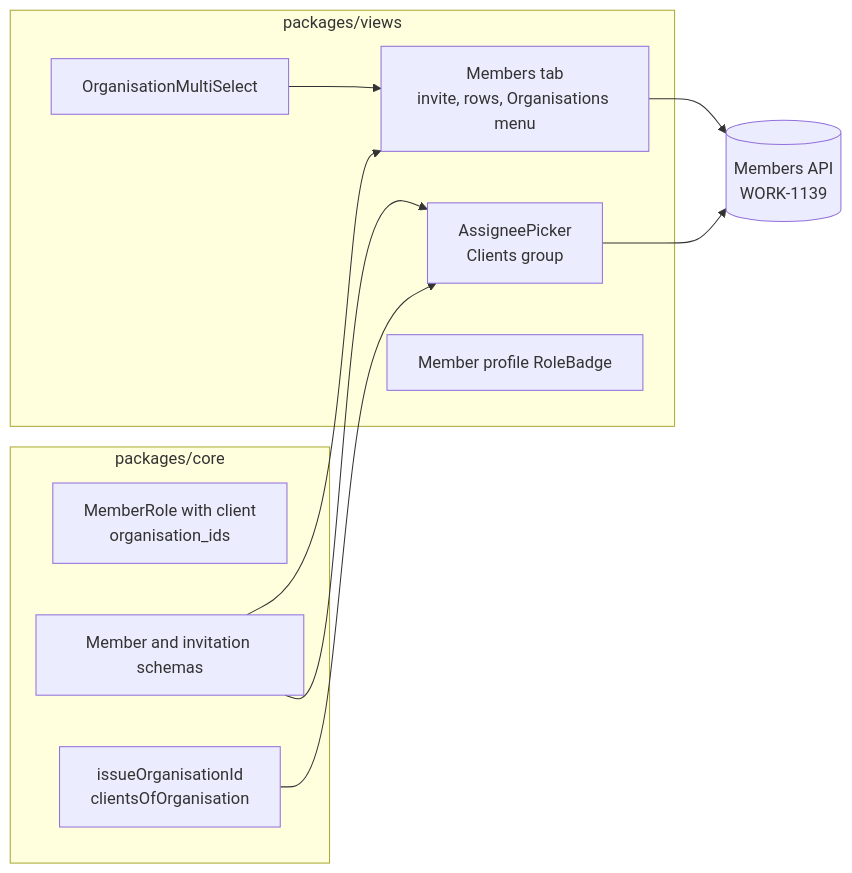
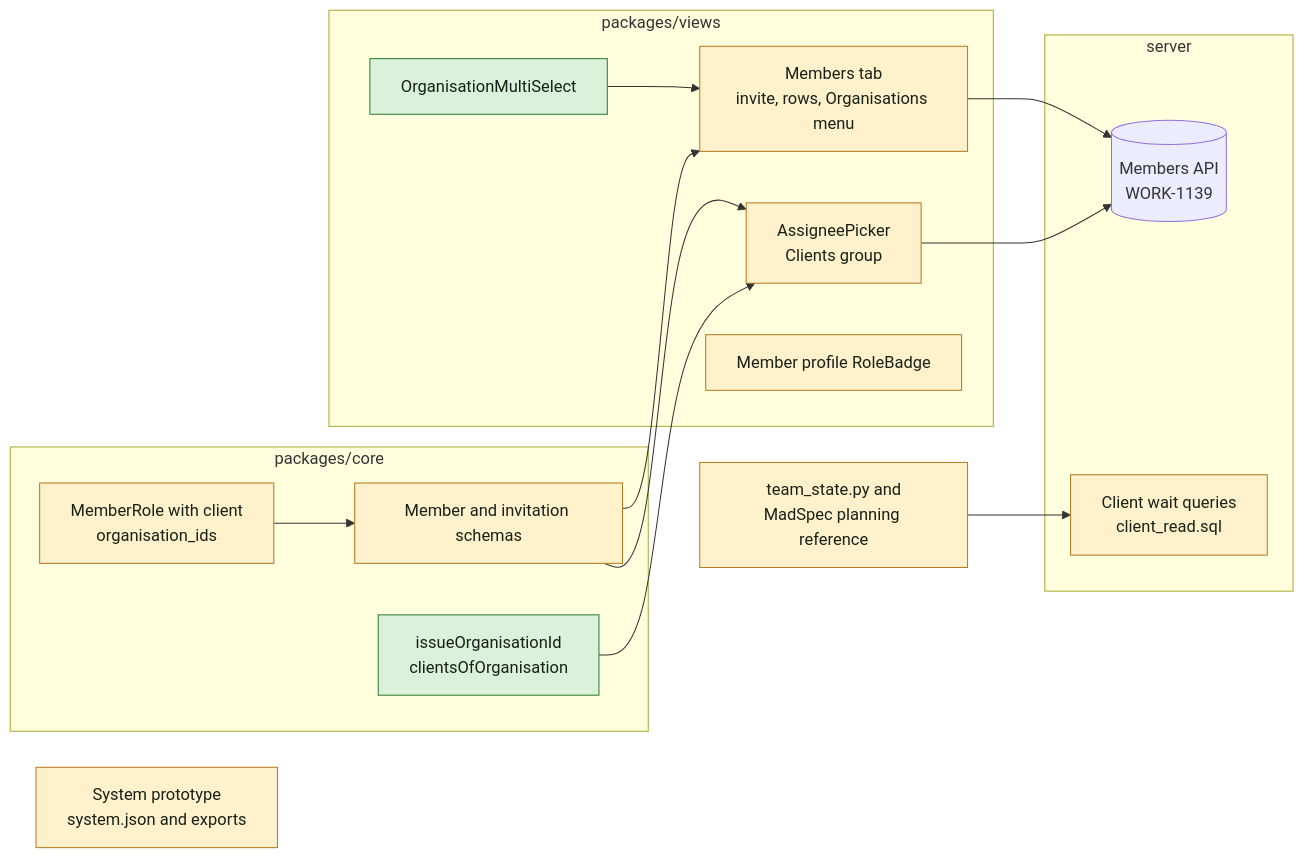
Before and after one commit to appboypov/multica: the diagram in specs/openspec/changes/staff-client-controls/design.md, drawn with Mermaid. The commit also changed other lines of this file and 5 other files, not shown here.

Commit message:
docs: map staff client controls in the system prototype and record round 2 (WORK-1072)

````diff
--- a/specs/openspec/changes/staff-client-controls/design.md
+++ b/specs/openspec/changes/staff-client-controls/design.md
@@ -3,21 +3,30 @@
 ```mermaid
 flowchart LR
+  classDef new fill:#d9f2d9,stroke:#2e7d32,color:#172117
+  classDef changed fill:#fff1cc,stroke:#b7791f,color:#172117
   subgraph core[packages/core]
-    Types[MemberRole with client<br/>organisation_ids]
-    Schemas[Member and invitation schemas]
-    Helpers[issueOrganisationId<br/>clientsOfOrganisation]
+    Types[MemberRole with client<br/>organisation_ids]:::changed
+    Schemas[Member and invitation schemas]:::changed
+    Helpers[issueOrganisationId<br/>clientsOfOrganisation]:::new
   end
   subgraph views[packages/views]
-    Tab[Members tab<br/>invite, rows, Organisations menu]
-    Multi[OrganisationMultiSelect]
-    Picker[AssigneePicker<br/>Clients group]
-    Badge[Member profile RoleBadge]
+    Tab[Members tab<br/>invite, rows, Organisations menu]:::changed
+    Multi[OrganisationMultiSelect]:::new
+    Picker[AssigneePicker<br/>Clients group]:::changed
+    Badge[Member profile RoleBadge]:::changed
   end
-  API[(Members API<br/>WORK-1139)]
+  subgraph server[server]
+    API[(Members API<br/>WORK-1139)]
+    Waits[Client wait queries<br/>client_read.sql]:::changed
+  end
+  Skill[team_state.py and<br/>MadSpec planning reference]:::changed
+  Design[System prototype<br/>system.json and exports]:::changed
+  Types --> Schemas
   Schemas --> Tab
   Schemas --> Picker
   Helpers --> Picker
   Multi --> Tab
   Tab --> API
   Picker --> API
+  Skill --> Waits
 ```
````
